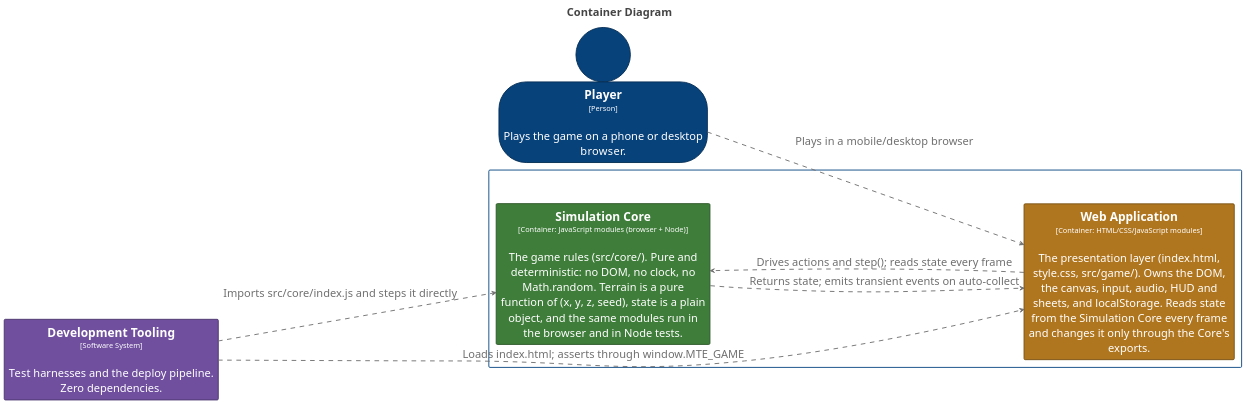
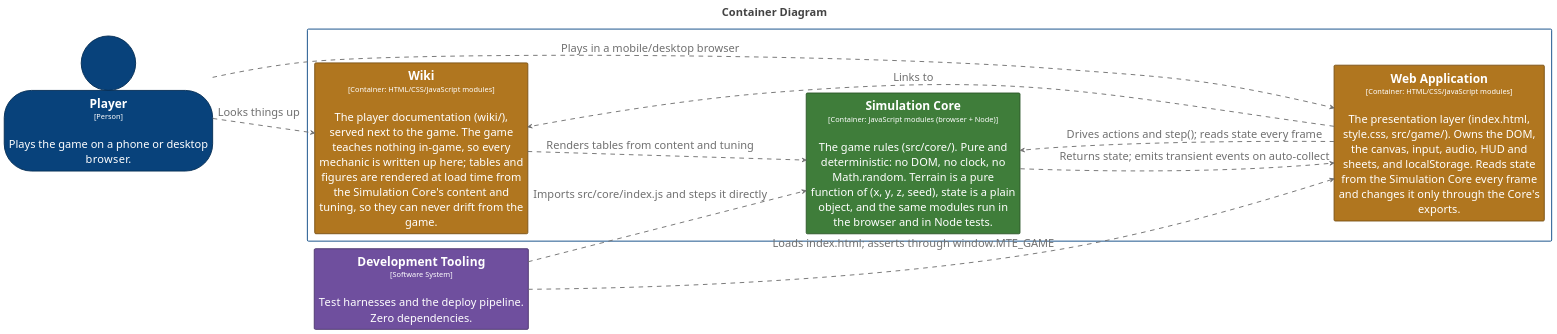
One commit to bitkojine/more-than-enough changed the diagram in structurizr/diagrams/Containers.puml. Above: the diagram before and after it, drawn with PlantUML. The commit also changed 37 other files, not shown here.

First line of the commit message:
v0.20.0: no in-game teaching, everything in a wiki

```diff
--- a/structurizr/diagrams/Containers.puml
+++ b/structurizr/diagrams/Containers.puml
@@ -2,99 +2,103 @@
 @startuml
 title <size:24>Container Diagram</size>
 
 set separator none
 left to right direction
 skinparam ranksep 20
 skinparam nodesep 5
 hide stereotype
 
 <style>
   root {
     BackgroundColor: #ffffff;
     FontColor: #444444;
   }
   // Element,Container,Core Engine
   .Element-RWxlbWVudCxDb250YWluZXIsQ29yZSBFbmdpbmU= {
     BackgroundColor: #3f7d3a;
     LineColor: #2c5728;
     LineStyle: 0;
     LineThickness: 2;
     FontColor: #ffffff;
     FontSize: 24;
     HorizontalAlignment: center;
     Shadowing: 0;
     MaximumWidth: 450;
   }
   // Element,Container,Presentation
   .Element-RWxlbWVudCxDb250YWluZXIsUHJlc2VudGF0aW9u {
     BackgroundColor: #b0761f;
     LineColor: #7b5215;
     LineStyle: 0;
     LineThickness: 2;
     FontColor: #ffffff;
     FontSize: 24;
     HorizontalAlignment: center;
     Shadowing: 0;
     MaximumWidth: 450;
   }
   // Element,Person
   .Element-RWxlbWVudCxQZXJzb24= {
     BackgroundColor: #08427b;
     LineColor: #052e56;
     LineStyle: 0;
     LineThickness: 2;
     FontColor: #ffffff;
     FontSize: 24;
     HorizontalAlignment: center;
     Shadowing: 0;
     MaximumWidth: 450;
   }
   // Element,Software System,Tooling
   .Element-RWxlbWVudCxTb2Z0d2FyZSBTeXN0ZW0sVG9vbGluZw== {
     BackgroundColor: #6f4f9e;
     LineColor: #4d376e;
     LineStyle: 0;
     LineThickness: 2;
     FontColor: #ffffff;
     FontSize: 24;
     HorizontalAlignment: center;
     Shadowing: 0;
     MaximumWidth: 450;
   }
   // Relationship
   .Relationship-UmVsYXRpb25zaGlw {
     LineThickness: 2;
     LineStyle: 10-10;
     LineColor: #707070;
     FontColor: #707070;
     FontSize: 24;
     MaximumWidth: 200;
   }
   // MORE THAN ENOUGH
   .Boundary-TU9SRSBUSEFOIEVOT1VHSA== {
     BackgroundColor: #ffffff;
     LineColor: #0b4884;
     LineStyle: 0;
     LineThickness: 2;
     FontColor: #ffffff;
     FontSize: 24;
     HorizontalAlignment: center;
     Shadowing: 0;
   }
 </style>
 
 person "==Player\n<size:16>[Person]</size>\n\nPlays the game on a phone or desktop browser." <<Element-RWxlbWVudCxQZXJzb24=>> as Player
 rectangle "==Development Tooling\n<size:16>[Software System]</size>\n\nTest harnesses and the deploy pipeline. Zero dependencies." <<Element-RWxlbWVudCxTb2Z0d2FyZSBTeXN0ZW0sVG9vbGluZw==>> as DevelopmentTooling
 
 rectangle "MORE THAN ENOUGH\n<size:16>[Software System]</size>" <<Boundary-TU9SRSBUSEFOIEVOT1VHSA==>> {
+  rectangle "==Wiki\n<size:16>[Container: HTML/CSS/JavaScript modules]</size>\n\nThe player documentation (wiki/), served next to the game. The game teaches nothing in-game, so every mechanic is written up here; tables and figures are rendered at load time from the Simulation Core's content and tuning, so they can never drift from the game." <<Element-RWxlbWVudCxDb250YWluZXIsUHJlc2VudGF0aW9u>> as MORETHANENOUGH.Wiki
   rectangle "==Simulation Core\n<size:16>[Container: JavaScript modules (browser + Node)]</size>\n\nThe game rules (src/core/). Pure and deterministic: no DOM, no clock, no Math.random. Terrain is a pure function of (x, y, z, seed), state is a plain object, and the same modules run in the browser and in Node tests." <<Element-RWxlbWVudCxDb250YWluZXIsQ29yZSBFbmdpbmU=>> as MORETHANENOUGH.SimulationCore
   rectangle "==Web Application\n<size:16>[Container: HTML/CSS/JavaScript modules]</size>\n\nThe presentation layer (index.html, style.css, src/game/). Owns the DOM, the canvas, input, audio, HUD and sheets, and localStorage. Reads state from the Simulation Core every frame and changes it only through the Core's exports." <<Element-RWxlbWVudCxDb250YWluZXIsUHJlc2VudGF0aW9u>> as MORETHANENOUGH.WebApplication
 }
 
 Player --> MORETHANENOUGH.WebApplication <<Relationship-UmVsYXRpb25zaGlw>> : "Plays in a mobile/desktop browser"
+Player --> MORETHANENOUGH.Wiki <<Relationship-UmVsYXRpb25zaGlw>> : "Looks things up"
+MORETHANENOUGH.WebApplication --> MORETHANENOUGH.Wiki <<Relationship-UmVsYXRpb25zaGlw>> : "Links to"
+MORETHANENOUGH.Wiki --> MORETHANENOUGH.SimulationCore <<Relationship-UmVsYXRpb25zaGlw>> : "Renders tables from content and tuning"
 MORETHANENOUGH.WebApplication --> MORETHANENOUGH.SimulationCore <<Relationship-UmVsYXRpb25zaGlw>> : "Drives actions and step(); reads state every frame"
 MORETHANENOUGH.SimulationCore --> MORETHANENOUGH.WebApplication <<Relationship-UmVsYXRpb25zaGlw>> : "Returns state; emits transient events on auto-collect"
 DevelopmentTooling --> MORETHANENOUGH.SimulationCore <<Relationship-UmVsYXRpb25zaGlw>> : "Imports src/core/index.js and steps it directly"
 DevelopmentTooling --> MORETHANENOUGH.WebApplication <<Relationship-UmVsYXRpb25zaGlw>> : "Loads index.html; asserts through window.MTE_GAME"
 
 @enduml
```
